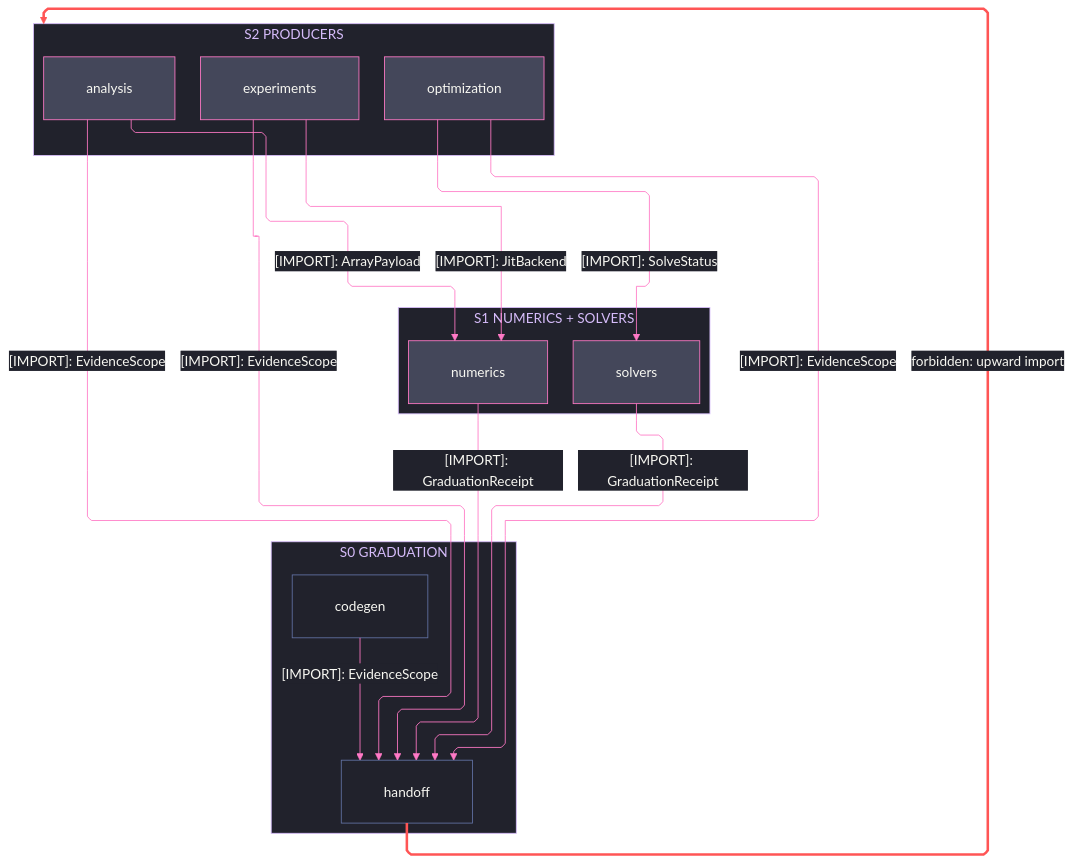
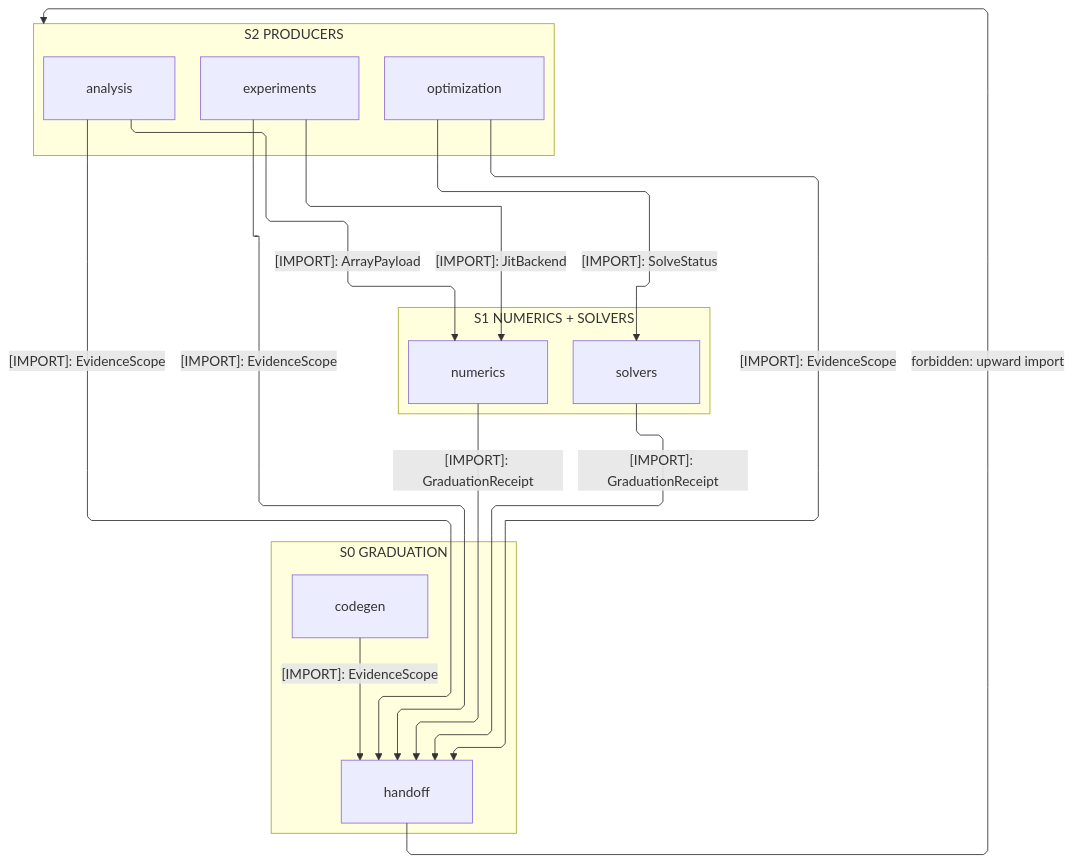
The third of 3 diagrams in libs/python/compute/ARCHITECTURE.md (bsamiee/Rasm), drawn with Mermaid before and after one commit. The commit also changed other lines of this file and 460 other files, not shown here.

````diff
--- a/libs/python/compute/ARCHITECTURE.md
+++ b/libs/python/compute/ARCHITECTURE.md
@@ -177,62 +121,35 @@
 ```mermaid
 ---
 config:
-  theme: base
-  look: classic
   layout: elk
   flowchart:
     curve: linear
     padding: 25
-  themeVariables:
-    darkMode: true
-    fontFamily: "SF Mono, Menlo, Cascadia Mono, Segoe UI Mono, Consolas, monospace"
-    useGradient: false
-    dropShadow: "none"
-    background: "#282A36"
-    primaryColor: "#44475A"
-    primaryTextColor: "#F8F8F2"
-    primaryBorderColor: "#BD93F9"
-    lineColor: "#FF79C6"
-    textColor: "#F8F8F2"
-    clusterBkg: "#21222C"
-    clusterBorder: "#D6BCFA"
-    edgeLabelBackground: "#21222C"
-    labelBackgroundColor: "#21222C"
-    titleColor: "#D6BCFA"
-  themeCSS: ".nodeLabel{font-size:13px;font-weight:500}.edgeLabel{font-size:12px;font-weight:500}.cluster-label .nodeLabel{font-size:13.5px;font-weight:700;letter-spacing:.08em}.edge-thickness-normal{stroke-width:2px}.edge-thickness-thick{stroke-width:3px}.edge-pattern-dashed,.edge-pattern-dotted{stroke-width:1.5px;stroke-dasharray:4 6}.node rect,.node circle,.node polygon,.node path,.node .outer-path{stroke-width:1.5px;filter:none!important}.cluster rect{stroke-width:1px!important;stroke-dasharray:5 4!important;filter:none!important}.marker path{transform:scale(.8);transform-origin:5px 5px}.marker circle{transform:scale(.48);transform-origin:5px 5px}.edgeLabel rect{transform-box:fill-box;transform-origin:center;transform:scale(1.1,1.2)}"
 ---
 flowchart TB
     accTitle: Compute interior import strata
     accDescr: Three import strata — the analysis, experiments, and optimization producers over the numerics-solvers band over the graduation foundation — each labeled downward edge naming its one sourced type, the band interleave held to prose, and one forbidden upward edge styled red.
     subgraph C2["S2 PRODUCERS"]
         Analysis[analysis]
         Experiments[experiments]
         Optimization[optimization]
     end
     subgraph C1["S1 NUMERICS + SOLVERS"]
         Numerics[numerics]
         Solvers[solvers]
     end
     subgraph C0["S0 GRADUATION"]
         Codegen[codegen]
         Handoff[handoff]
     end
     Analysis s1@-->|"[IMPORT]: ArrayPayload"| Numerics
     Analysis s2@-->|"[IMPORT]: EvidenceScope"| Handoff
     Experiments s3@-->|"[IMPORT]: JitBackend"| Numerics
     Experiments s4@-->|"[IMPORT]: EvidenceScope"| Handoff
     Optimization s5@-->|"[IMPORT]: SolveStatus"| Solvers
     Optimization s6@-->|"[IMPORT]: EvidenceScope"| Handoff
     Numerics s7@-->|"[IMPORT]: GraduationReceipt"| Handoff
     Solvers s8@-->|"[IMPORT]: GraduationReceipt"| Handoff
     Codegen s9@-->|"[IMPORT]: EvidenceScope"| Handoff
     Handoff f1@-->|"forbidden: upward import"| C2
-    classDef primary fill:#44475A,stroke:#FF79C6,color:#F8F8F2
-    classDef recessed fill:#21222C,stroke:#6272A4,color:#F8F8F2
-    classDef edgeControl stroke:#FF79C6,color:#F8F8F2
-    classDef edgeError stroke:#FF5555,stroke-width:3px,color:#F8F8F2
-    class Analysis,Experiments,Optimization,Numerics,Solvers primary
-    class Codegen,Handoff recessed
-    class s1,s2,s3,s4,s5,s6,s7,s8,s9 edgeControl
-    class f1 edgeError
 ```
````
